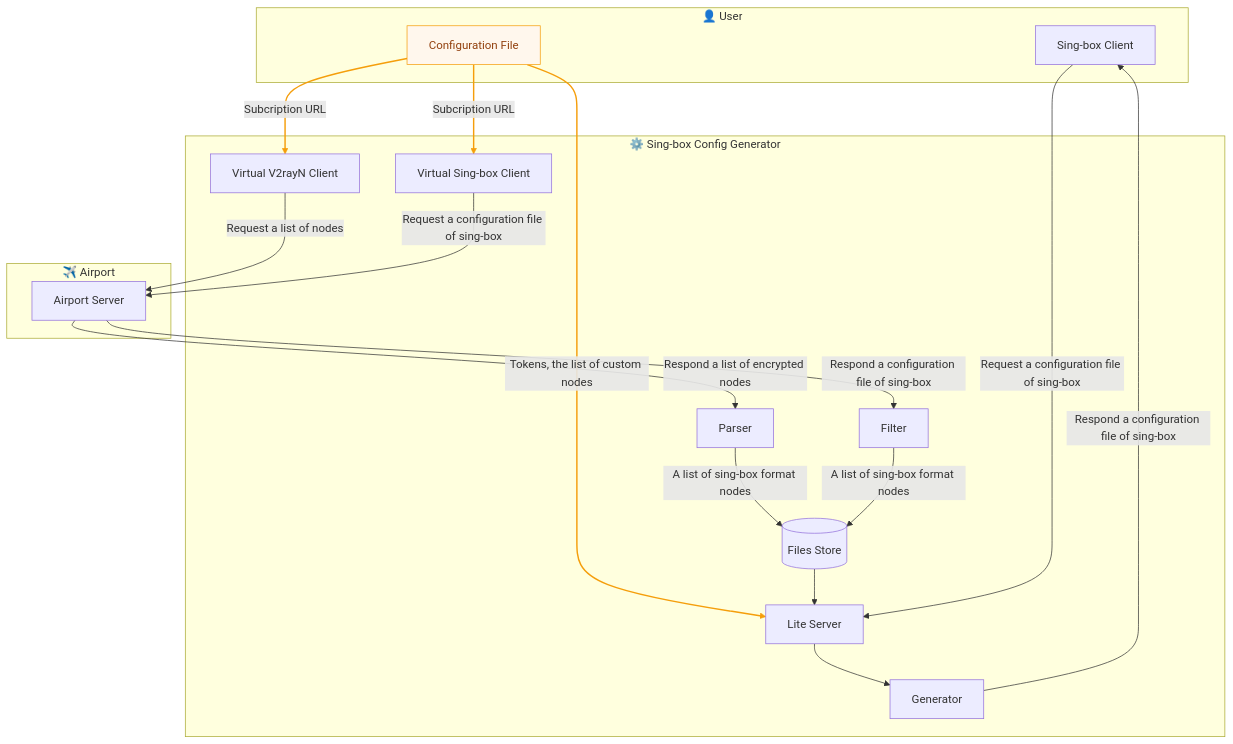
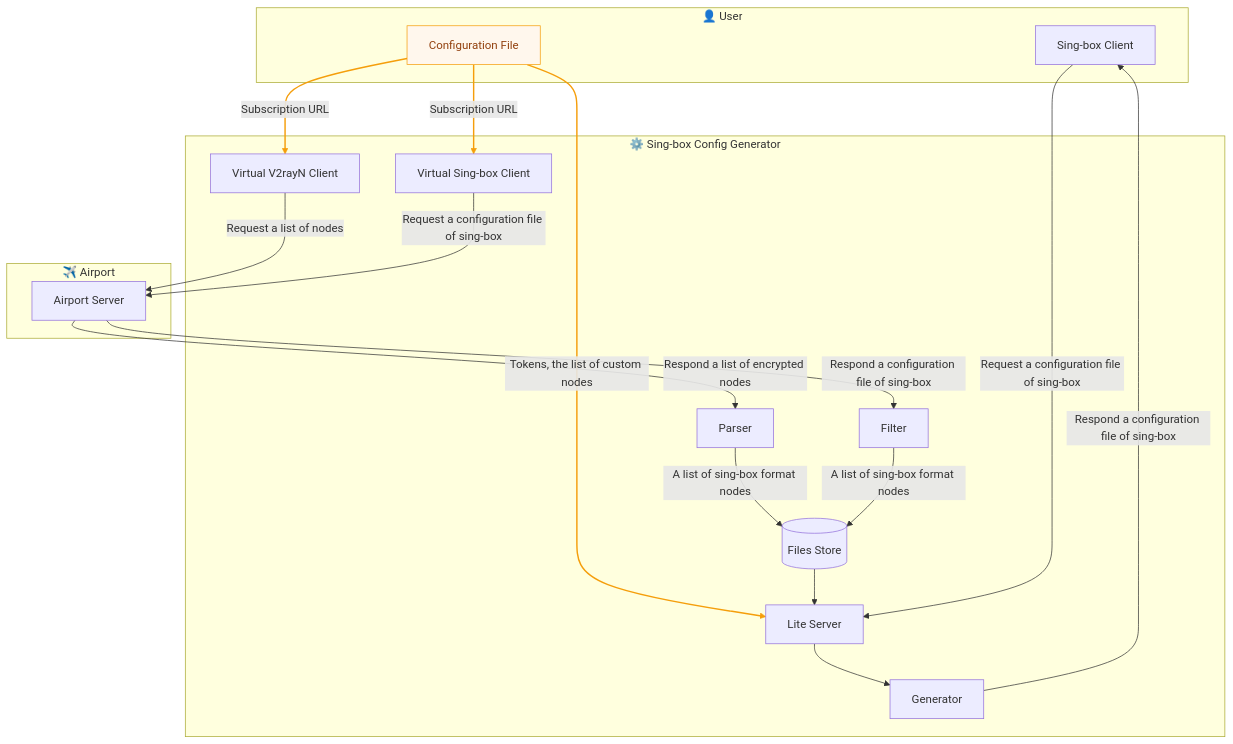
The diagram in README.md (JJ-Jacko/sb_cfg_gen), drawn with Mermaid before and after one commit. The commit also changed other lines of this file and 4 other files, not shown here.

````diff
--- a/README.md
+++ b/README.md
@@ -44,43 +44,43 @@
 ```mermaid
 flowchart
     subgraph User["👤 User"]
         sb_client["Sing-box Client"]
         configuration["Configuration File"]
     end
 
     subgraph System["⚙️ Sing-box Config Generator"]
         virtual_v2rayn_client["Virtual V2rayN Client"]
         virtual_sb_client["Virtual Sing-box Client"]
         parser["Parser"]
         filter["Filter"]
         store[(Files Store)]
         lite_server["Lite Server"]
         generator["Generator"]
     end
 
     subgraph Airport["✈️ Airport"]
         airport_server["Airport Server"]
     end
 
     configuration -->|Tokens, the list of custom nodes| lite_server
-    configuration -->|Subcription URL| virtual_v2rayn_client
-    configuration -->|Subcription URL| virtual_sb_client
+    configuration -->|Subscription URL| virtual_v2rayn_client
+    configuration -->|Subscription URL| virtual_sb_client
 
     virtual_v2rayn_client -->|Request a list of nodes| airport_server
     virtual_sb_client -->|Request a configuration file of sing-box| airport_server
 
     airport_server -->|Respond a list of encrypted nodes| parser
     airport_server -->|Respond a configuration file of sing-box| filter
 
     parser -->|A list of sing-box format nodes| store
     filter -->|A list of sing-box format nodes| store
 
     store --> lite_server
     sb_client -->|Request a configuration file of sing-box| lite_server
     lite_server --> generator
     generator -->|Respond a configuration file of sing-box| sb_client
 
     classDef orange fill:#FFF7ED,stroke:#F59E0B,color:#92400E;
     class configuration orange;
     linkStyle 0,1,2 stroke:#F59E0B,stroke-width:2px
 ```
````
